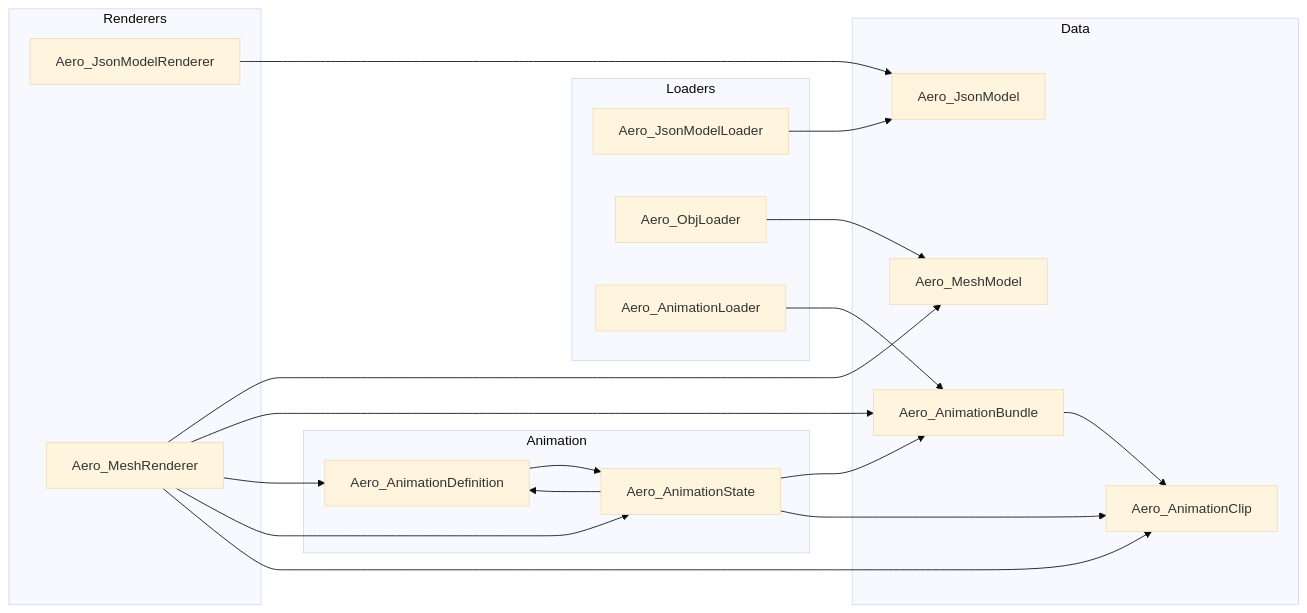
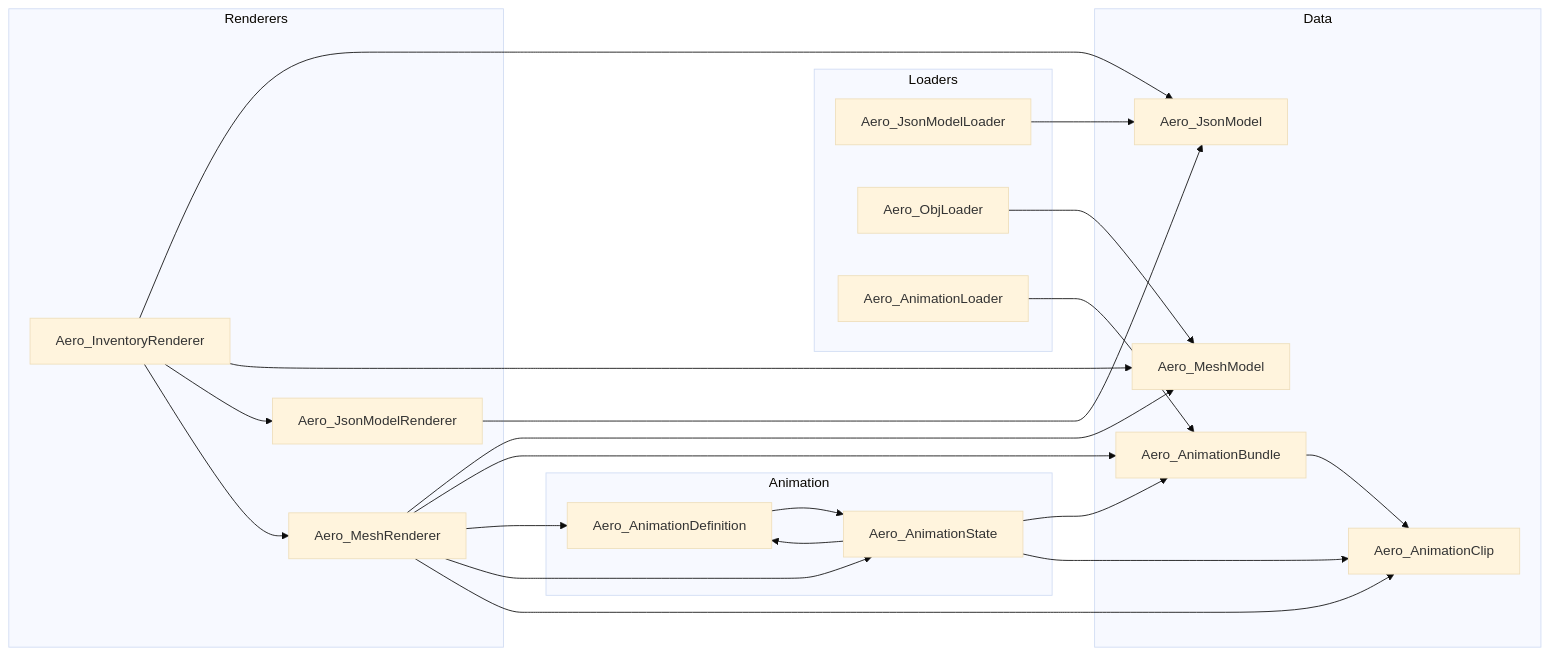
The fifth of 5 diagrams in DOC.md (lucasrgt/aero-model-lib), drawn with Mermaid (base theme) before and after one commit. The commit also changed other lines of this file and 4 other files, not shown here.

First line of the commit message:
feat: add Aero_InventoryRenderer for centralized inventory thumbnails

````diff
--- a/DOC.md
+++ b/DOC.md
@@ -1182,42 +1195,47 @@
 ```mermaid
 graph LR
     subgraph Loaders
         ML[Aero_JsonModelLoader]
         OL[Aero_ObjLoader]
         AL[Aero_AnimationLoader]
     end
 
     subgraph Data
         M[Aero_JsonModel]
         MM[Aero_MeshModel]
         AB[Aero_AnimationBundle]
         AC[Aero_AnimationClip]
     end
 
     subgraph Animation
         AD[Aero_AnimationDefinition]
         AS[Aero_AnimationState]
     end
 
     subgraph Renderers
         MR[Aero_JsonModelRenderer]
         MSR[Aero_MeshRenderer]
+        IR[Aero_InventoryRenderer]
     end
 
     ML --> M
     OL --> MM
     AL --> AB
     AB --> AC
 
     AD --> AS
     AS --> AB
     AS --> AD
     AS --> AC
 
     MR --> M
     MSR --> MM
     MSR --> AB
     MSR --> AD
     MSR --> AS
     MSR --> AC
+    IR --> M
+    IR --> MM
+    IR --> MR
+    IR --> MSR
 ```
````
